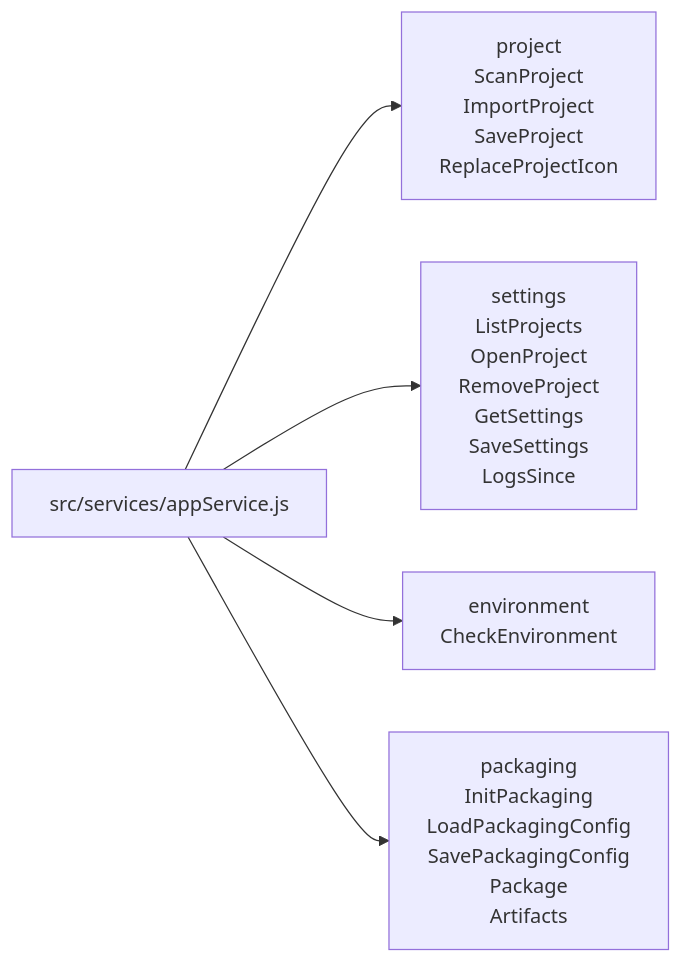
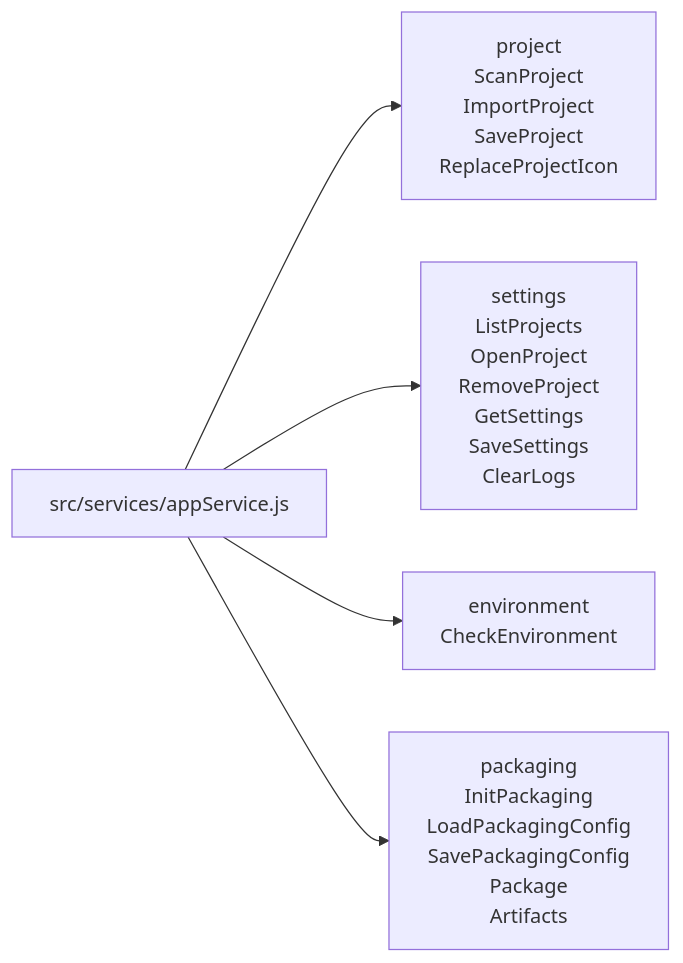
Before and after one commit to Peiratooo/Wails3-Manager: the sixth of 6 diagrams in docs/ILLUSTRATED_GUIDE.md, drawn with Mermaid. The commit also changed other lines of this file and 79 other files, not shown here.

````diff
--- a/docs/ILLUSTRATED_GUIDE.md
+++ b/docs/ILLUSTRATED_GUIDE.md
@@ -196,9 +198,9 @@
 ```mermaid
 flowchart LR
   AppService["src/services/appService.js"]
 
   AppService --> Project["project<br/>ScanProject<br/>ImportProject<br/>SaveProject<br/>ReplaceProjectIcon"]
-  AppService --> Settings["settings<br/>ListProjects<br/>OpenProject<br/>RemoveProject<br/>GetSettings<br/>SaveSettings<br/>LogsSince"]
+  AppService --> Settings["settings<br/>ListProjects<br/>OpenProject<br/>RemoveProject<br/>GetSettings<br/>SaveSettings<br/>ClearLogs"]
   AppService --> Environment["environment<br/>CheckEnvironment"]
   AppService --> Packaging["packaging<br/>InitPackaging<br/>LoadPackagingConfig<br/>SavePackagingConfig<br/>Package<br/>Artifacts"]
 ```
````
